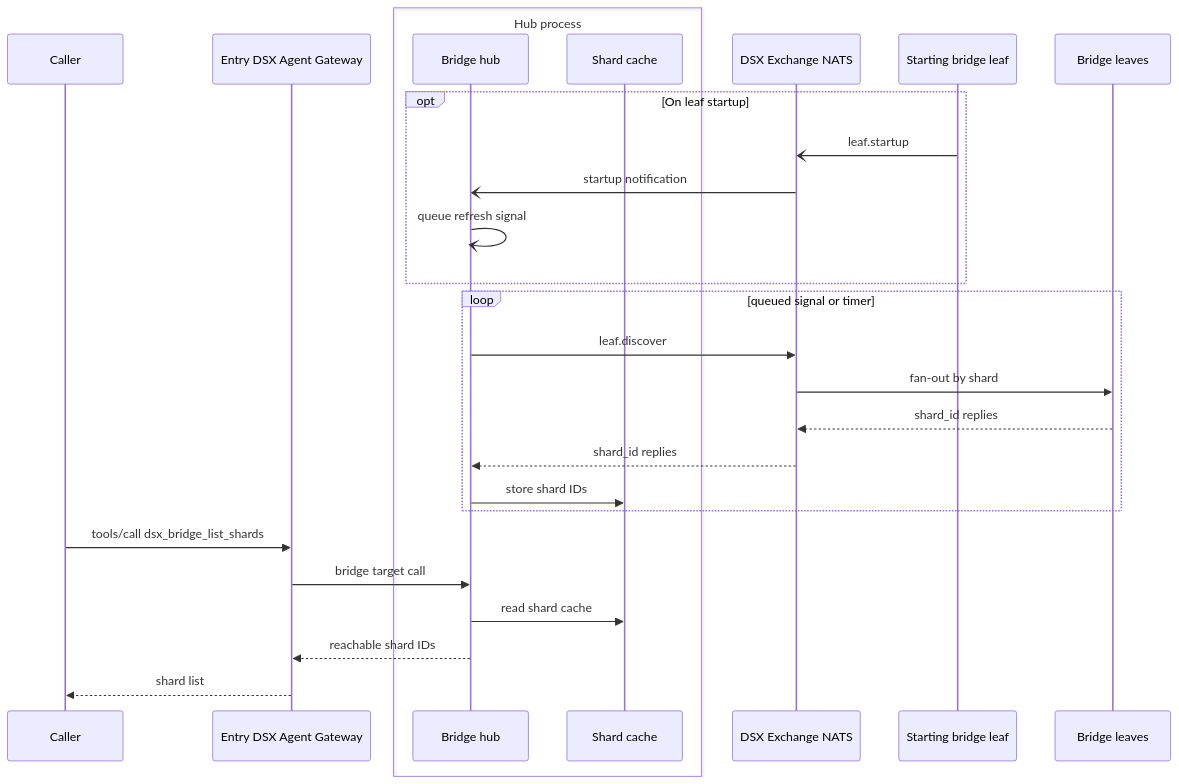
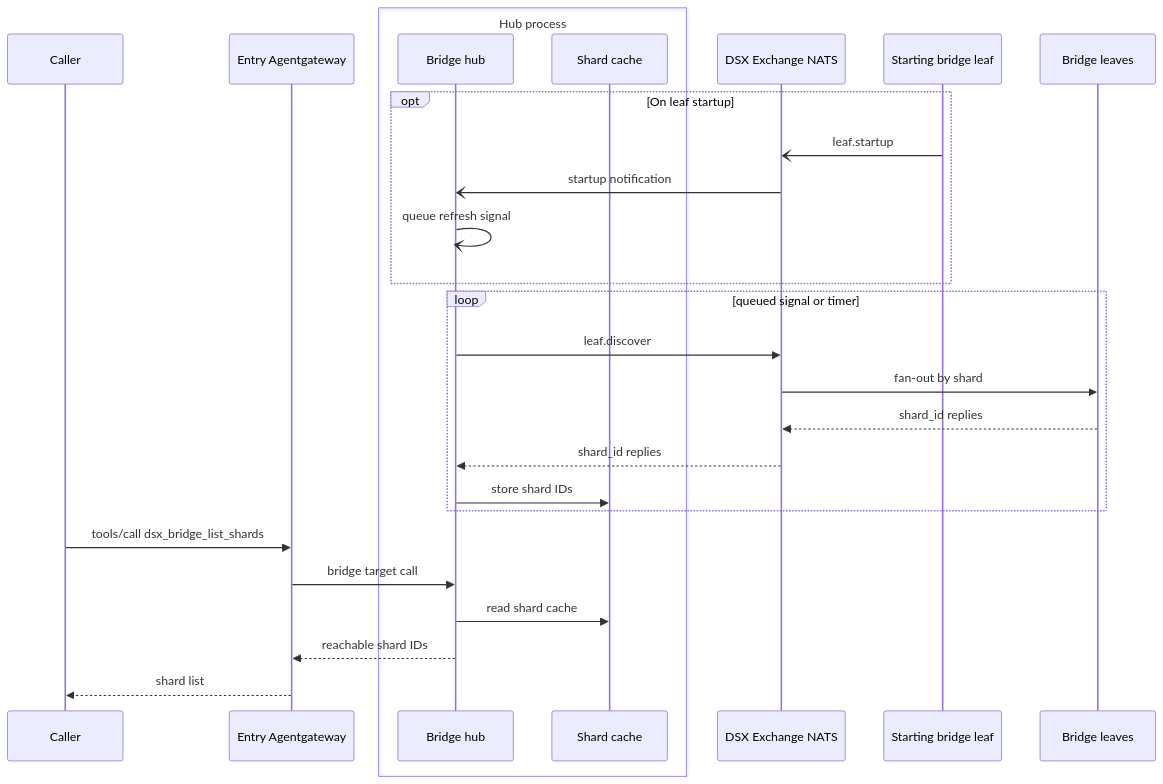
One commit to NVIDIA/dsx-exchange changed the second of 5 diagrams in dsx-agentgateway-bridge/README.md. Above: the diagram before and after it, drawn with Mermaid. The commit also changed other lines of this file and 12 other files, not shown here.

````diff
--- a/dsx-agentgateway-bridge/README.md
+++ b/dsx-agentgateway-bridge/README.md
@@ -66,32 +66,32 @@
 ```mermaid
 sequenceDiagram
     participant Caller
-    participant Entry as Entry DSX Agent Gateway
+    participant Entry as Entry Agentgateway
     box Hub process
     participant Hub as Bridge hub
     participant Cache as Shard cache
     end
     participant Bus as DSX Exchange NATS
     participant Leaf as Starting bridge leaf
     participant Leaves as Bridge leaves
 
     opt On leaf startup
     Leaf-)Bus: leaf.startup
     Bus-)Hub: startup notification
     Hub-)Hub: queue refresh signal
     end
 
     loop queued signal or timer
         Hub->>Bus: leaf.discover
         Bus->>Leaves: fan-out by shard
         Leaves-->>Bus: shard_id replies
         Bus-->>Hub: shard_id replies
         Hub->>Cache: store shard IDs
     end
 
     Caller->>Entry: tools/call dsx_bridge_list_shards
     Entry->>Hub: bridge target call
     Hub->>Cache: read shard cache
     Hub-->>Entry: reachable shard IDs
     Entry-->>Caller: shard list
 ```
````
